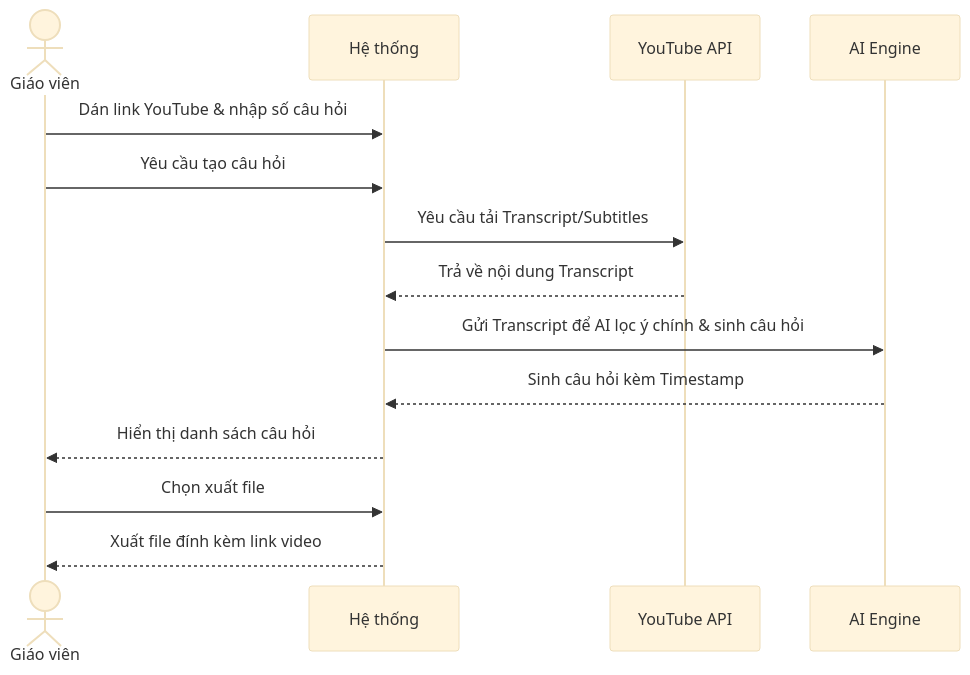
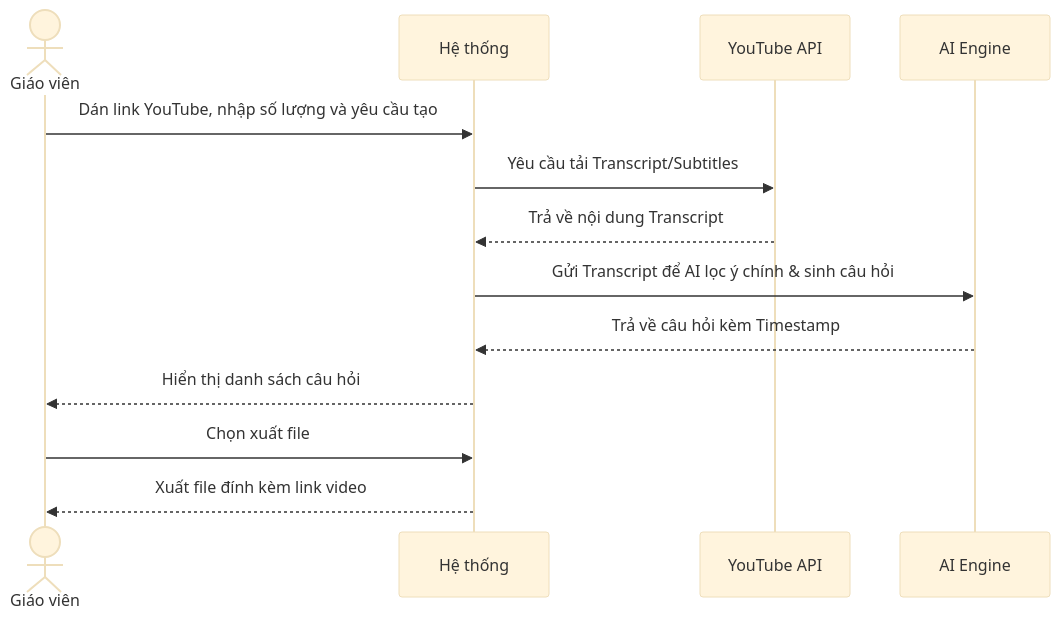
Before and after one commit to Cong-ty-TNNH-Q-Tech/Q-School: the fourth of 4 diagrams in docs/usecase/nhom_3_communication_admin.md, drawn with Mermaid (base theme). The commit also changed other lines of this file and 4 other files, not shown here.

Commit message:
docs(usecase): standardize all tables and sequence diagrams, fix temporal logic and AI roles

````diff
--- a/docs/usecase/nhom_3_communication_admin.md
+++ b/docs/usecase/nhom_3_communication_admin.md
@@ -119,17 +109,16 @@
 ```mermaid
 sequenceDiagram
     actor GV as Giáo viên
     participant HT as Hệ thống
     participant YT as YouTube API
     participant AI as AI Engine
 
-    GV->>HT: Dán link YouTube & nhập số câu hỏi
-    GV->>HT: Yêu cầu tạo câu hỏi
+    GV->>HT: Dán link YouTube, nhập số lượng và yêu cầu tạo
     HT->>YT: Yêu cầu tải Transcript/Subtitles
     YT-->>HT: Trả về nội dung Transcript
     HT->>AI: Gửi Transcript để AI lọc ý chính & sinh câu hỏi
-    AI-->>HT: Sinh câu hỏi kèm Timestamp
+    AI-->>HT: Trả về câu hỏi kèm Timestamp
     HT-->>GV: Hiển thị danh sách câu hỏi
     GV->>HT: Chọn xuất file
     HT-->>GV: Xuất file đính kèm link video
 ```
````
